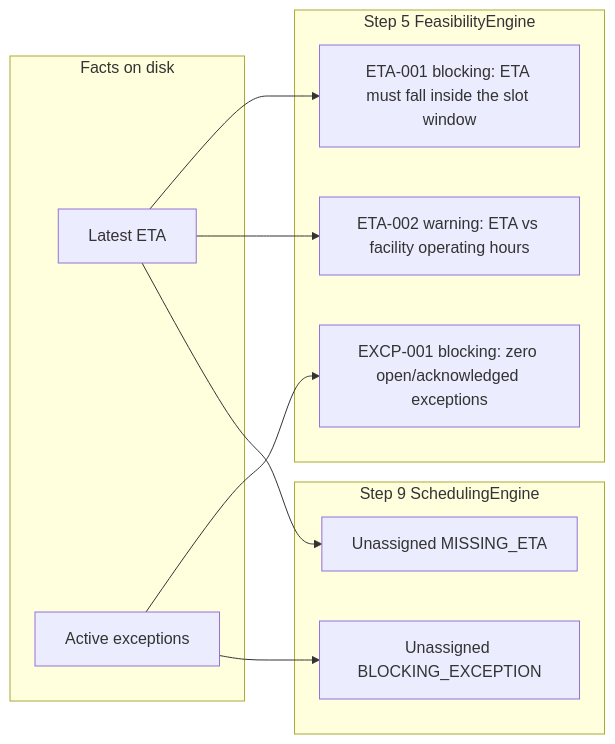
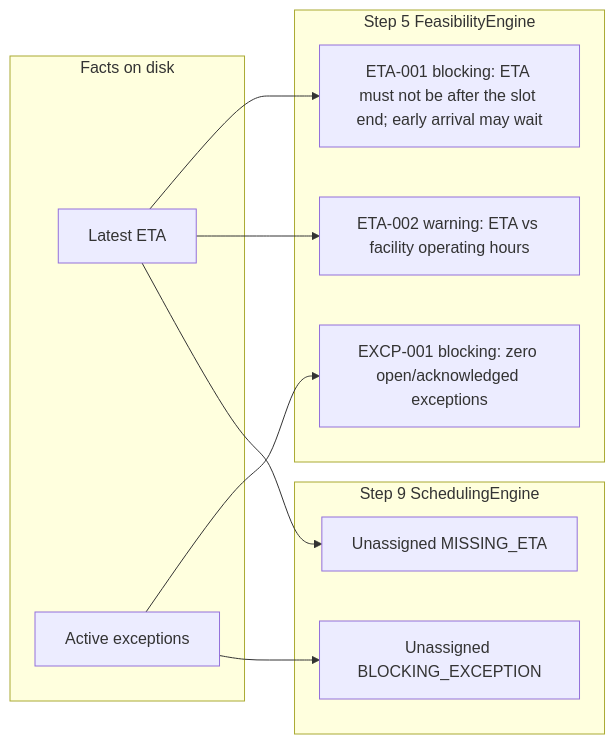
One commit to akilakuppuswamy1/Setuhaul changed the fifth of 5 diagrams in docs/eta_exception_flow.md. Above: the diagram before and after it, drawn with Mermaid. The commit also changed other lines of this file and 92 other files, not shown here.

````diff
--- a/docs/eta_exception_flow.md
+++ b/docs/eta_exception_flow.md
@@ -161,24 +161,24 @@
 ```mermaid
 flowchart LR
   subgraph facts["Facts on disk"]
     E[Latest ETA]
     X[Active exceptions]
   end
 
   subgraph step5["Step 5 FeasibilityEngine"]
-    E1["ETA-001 blocking: ETA must fall inside the slot window"]
+    E1["ETA-001 blocking: ETA must not be after the slot end; early arrival may wait"]
     E2["ETA-002 warning: ETA vs facility operating hours"]
     X1["EXCP-001 blocking: zero open/acknowledged exceptions"]
   end
 
   subgraph step9["Step 9 SchedulingEngine"]
     U1[Unassigned MISSING_ETA]
     U2[Unassigned BLOCKING_EXCEPTION]
   end
 
   E --> E1
   E --> E2
   E --> U1
   X --> X1
   X --> U2
 ```
````
